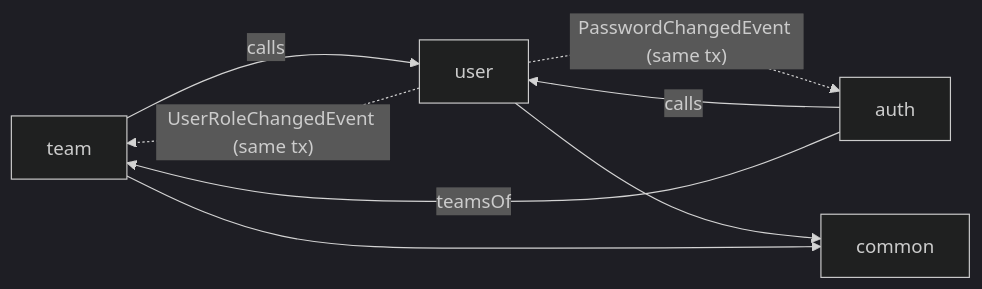
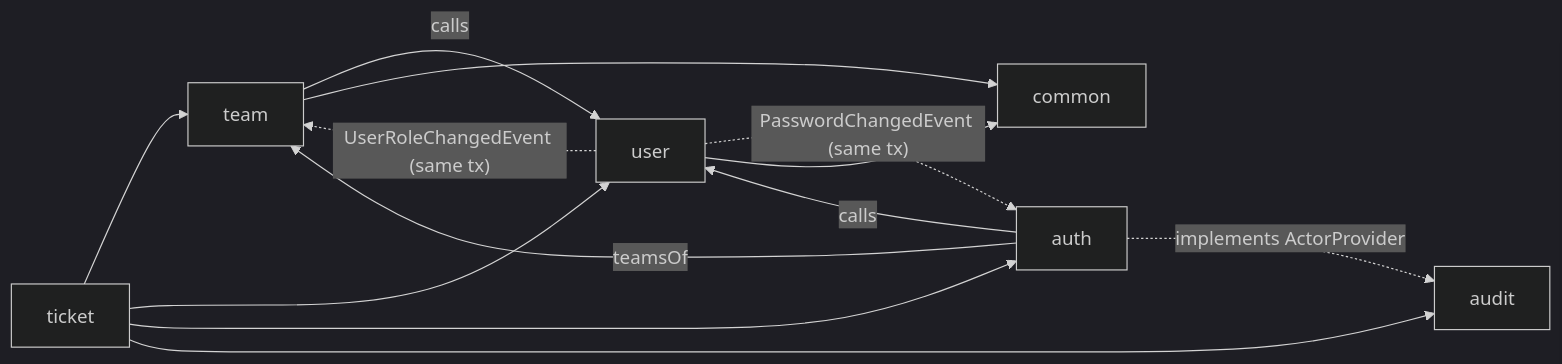
Before and after one commit to Adebozz/enterprise-service-management: the third of 3 diagrams in docs/architecture.md, drawn with Mermaid (dark theme). The commit also changed other lines of this file and 74 other files, not shown here.

````diff
--- a/docs/architecture.md
+++ b/docs/architecture.md
@@ -57,9 +70,11 @@
 ```mermaid
 flowchart LR
+    ticket --> team & user & auth & audit
+    auth -. implements ActorProvider .-> audit
     team -->|calls| user
     user -. "UserRoleChangedEvent (same tx)" .-> team
     auth -->|calls| user
     auth -->|teamsOf| team
     user -. "PasswordChangedEvent (same tx)" .-> auth
     user & team --> common
 ```
````
